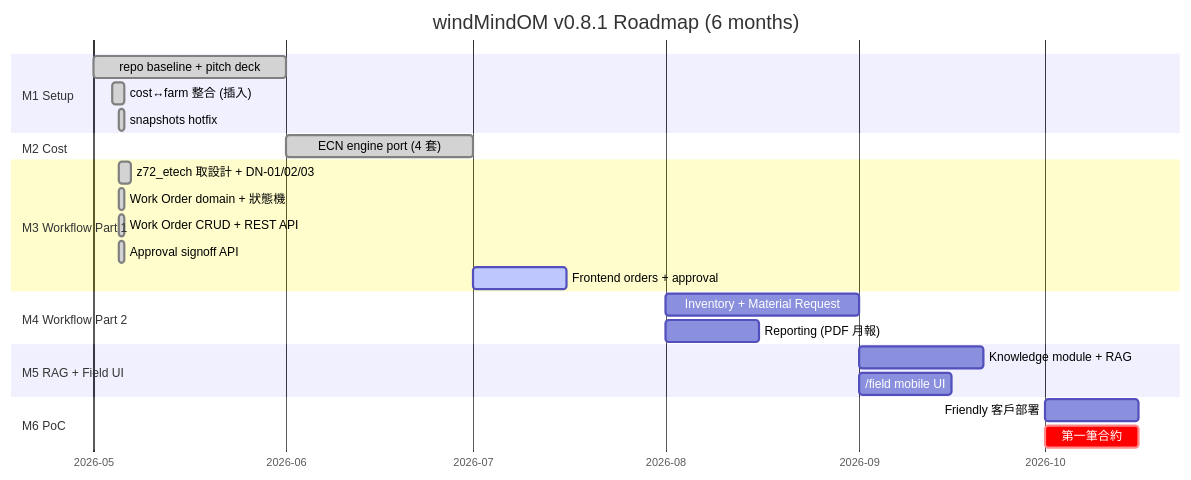
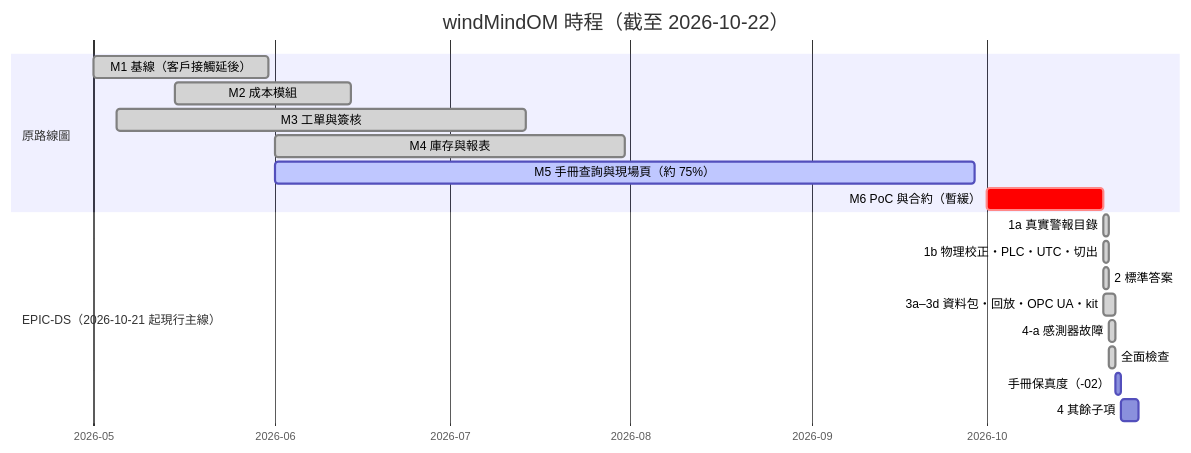
One commit to dofliu/windMindOM changed the ninth of 9 diagrams in docs/architecture/windMindOM-architecture.md. Above: the diagram before and after it, drawn with Mermaid. The commit also changed other lines of this file and 12 other files, not shown here.

First line of the commit message:
docs(#WMOM-20261022-03): 架構全貌圖更新與專案文件同步（EPIC-DS 之後） (#231)

````diff
--- a/docs/architecture/windMindOM-architecture.md
+++ b/docs/architecture/windMindOM-architecture.md
@@ -269,33 +326,24 @@
 ```mermaid
 gantt
-    title windMindOM v0.8.1 Roadmap (6 months)
-    dateFormat YYYY-MM
+    title windMindOM 時程（截至 2026-10-22）
+    dateFormat YYYY-MM-DD
     axisFormat %Y-%m
 
-    section M1 Setup
-    repo baseline + pitch deck    :done, m1, 2026-05, 1M
-    cost↔farm 整合 (插入)         :done, ifix, 2026-05-04, 2d
-    snapshots hotfix              :done, hotfix, 2026-05-05, 1d
+    section 原路線圖
+    M1 基線（客戶接觸延後）       :done, m1, 2026-05-01, 30d
+    M2 成本模組                  :done, m2, 2026-05-15, 30d
+    M3 工單與簽核                 :done, m3, 2026-05-05, 70d
+    M4 庫存與報表                 :done, m4, 2026-06-01, 60d
+    M5 手冊查詢與現場頁（約 75%） :active, m5, 2026-06-01, 120d
+    M6 PoC 與合約（暫緩）         :crit, m6, 2026-10-01, 20d
 
-    section M2 Cost
-    ECN engine port (4 套)        :done, m2, 2026-06, 1M
-
-    section M3 Workflow Part 1
-    z72_etech 取設計 + DN-01/02/03 :done, dn, 2026-05-05, 2d
-    Work Order domain + 狀態機     :done, wo, 2026-05-05, 1d
-    Work Order CRUD + REST API     :done, woa, 2026-05-05, 1d
-    Approval signoff API           :done, sig, 2026-05-05, 1d
-    Frontend orders + approval     :active, fe, 2026-07, 15d
-
-    section M4 Workflow Part 2
-    Inventory + Material Request   :m4, 2026-08, 1M
-    Reporting (PDF 月報)           :rep, 2026-08, 15d
-
-    section M5 RAG + Field UI
-    Knowledge module + RAG         :m5k, 2026-09, 20d
-    /field mobile UI               :m5f, 2026-09, 15d
-
-    section M6 PoC
-    Friendly 客戶部署               :m6, 2026-10, 15d
-    第一筆合約                     :crit, m6c, 2026-10, 15d
+    section EPIC-DS（2026-10-21 起現行主線）
+    1a 真實警報目錄               :done, ds1a, 2026-10-21, 1d
+    1b 物理校正・PLC・UTC・切出    :done, ds1b, 2026-10-21, 1d
+    2 標準答案                    :done, ds2, 2026-10-21, 1d
+    3a–3d 資料包・回放・OPC UA・kit :done, ds3, 2026-10-21, 2d
+    4-a 感測器故障                 :done, ds4a, 2026-10-22, 1d
+    全面檢查                       :done, chk, 2026-10-22, 1d
+    手冊保真度（-02）              :ds02, 2026-10-23, 1d
+    4 其餘子項                     :ds4, 2026-10-24, 3d
 ```
````
